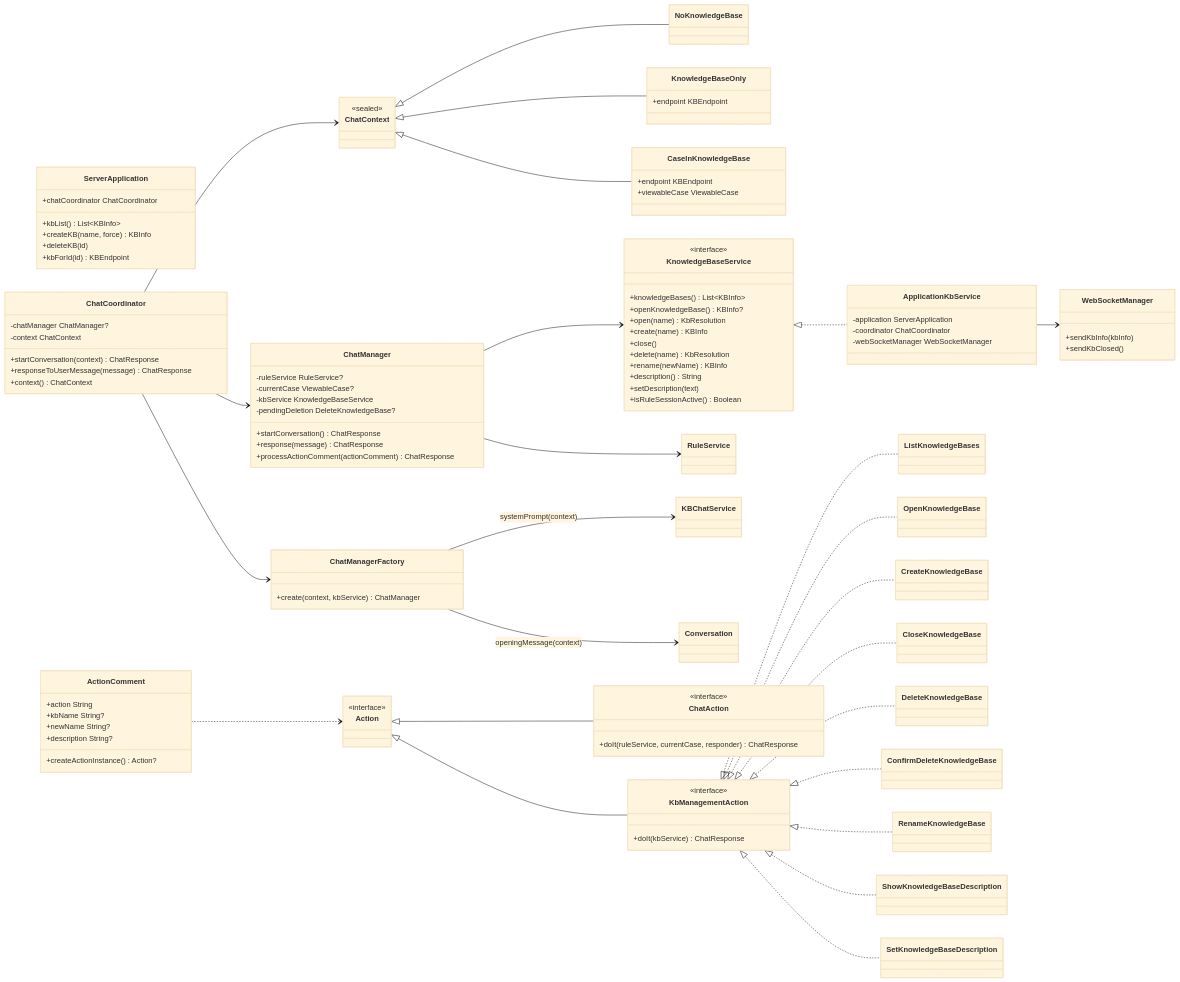
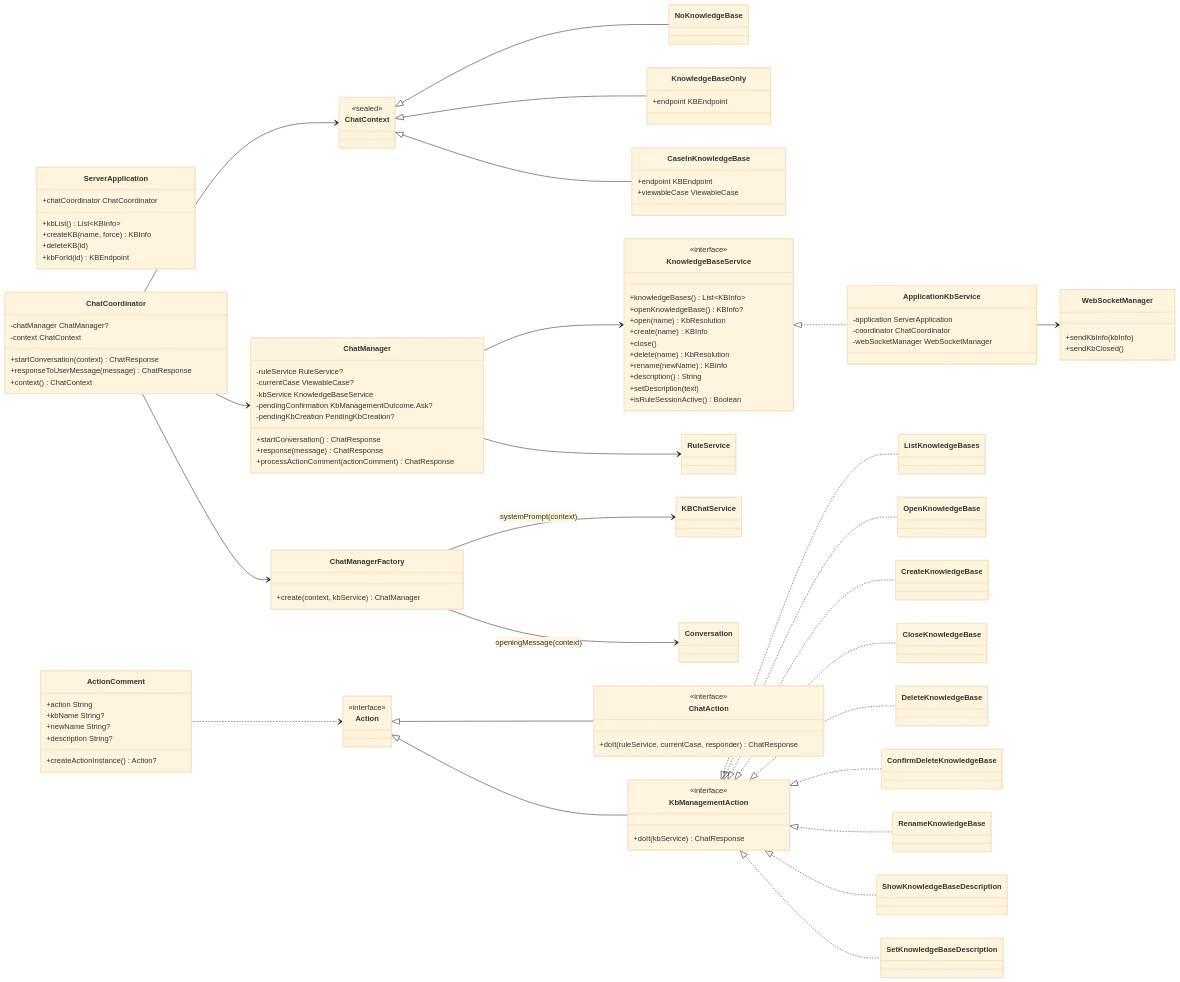
The first of 6 diagrams in documentation/design/kb_management_by_chat.md (TimLavers/OpenRDR), drawn with Mermaid (base theme) before and after one commit. The commit also changed other lines of this file and 25 other files, not shown here.

```diff
--- a/documentation/design/kb_management_by_chat.md
+++ b/documentation/design/kb_management_by_chat.md
@@ -180,7 +183,8 @@
         -ruleService RuleService?
         -currentCase ViewableCase?
         -kbService KnowledgeBaseService
-        -pendingDeletion DeleteKnowledgeBase?
+      -pendingConfirmation KbManagementOutcome.Ask?
+      -pendingKbCreation PendingKbCreation?
         +startConversation() ChatResponse
         +response(message) ChatResponse
         +processActionComment(actionComment) ChatResponse
```
